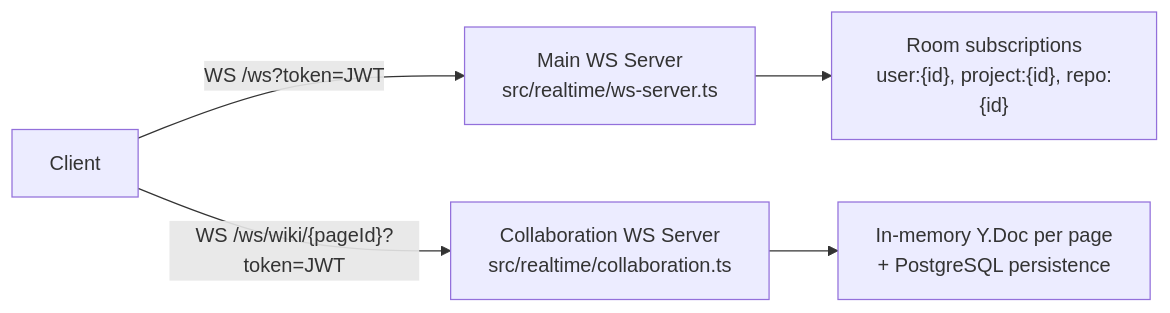
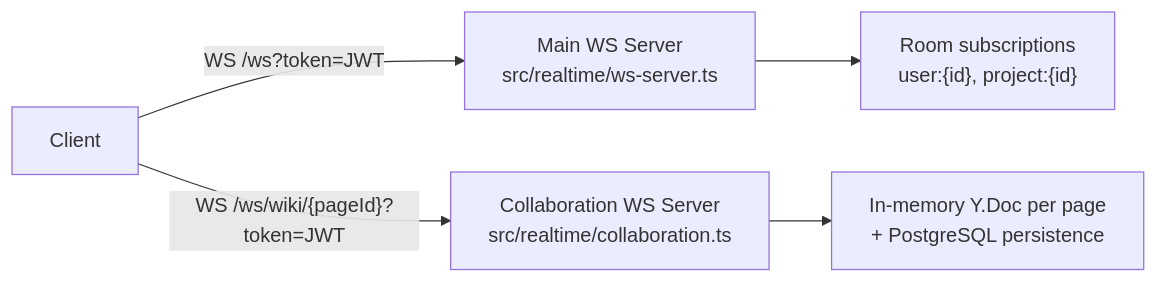
The fifth of 5 diagrams in docs/architecture.md (AraneaDev/axiom), drawn with Mermaid before and after one commit. The commit also changed other lines of this file and 12 other files, not shown here.

````diff
--- a/docs/architecture.md
+++ b/docs/architecture.md
@@ -427,8 +367,8 @@
 ```mermaid
 graph LR
     Client -->|"WS /ws?token=JWT"| MainWS["Main WS Server\nsrc/realtime/ws-server.ts"]
     Client -->|"WS /ws/wiki/{pageId}?token=JWT"| CollabWS["Collaboration WS Server\nsrc/realtime/collaboration.ts"]
 
-    MainWS --> Rooms["Room subscriptions\nuser:{id}, project:{id}, repo:{id}"]
+    MainWS --> Rooms["Room subscriptions\nuser:{id}, project:{id}"]
     CollabWS --> YjsDocs["In-memory Y.Doc per page\n+ PostgreSQL persistence"]
 ```
````
